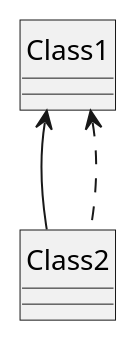
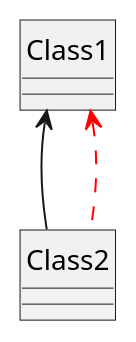
Before and after one commit to se-edu/se-book: the diagram in uml/classDiagrams/dependencies/what/images/incorrectDependencyWithAssociation.puml, drawn with PlantUML. The commit also changed 3 other files, not shown here.

```diff
--- a/uml/classDiagrams/dependencies/what/images/incorrectDependencyWithAssociation.puml
+++ b/uml/classDiagrams/dependencies/what/images/incorrectDependencyWithAssociation.puml
@@ -1,9 +1,9 @@
 @startuml
 skinparam classAttributeIconSize 0
 skinparam roundCorner 0
 skinparam backgroundcolor transparent
 skinparam shadowing false
 hide circle
 Class1 <-- Class2
-Class1 <.. Class2
+Class1 <.[#red]. Class2
 @enduml
```
